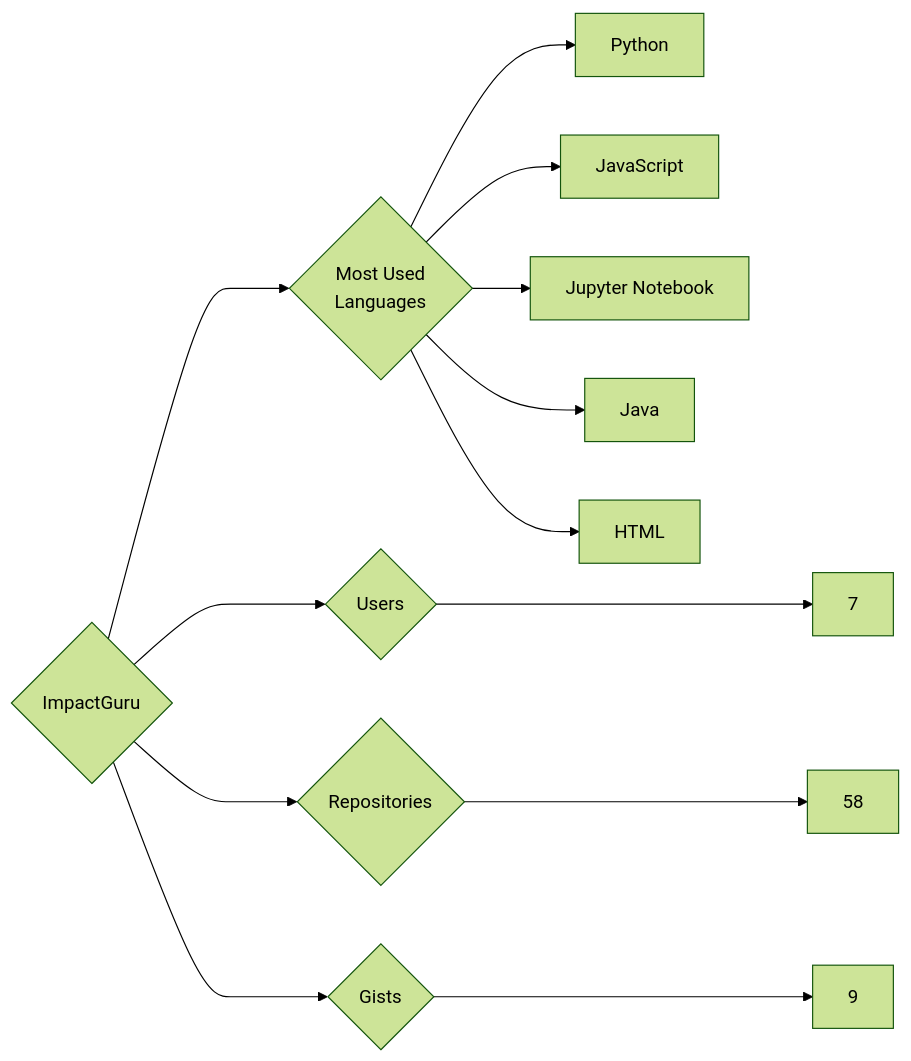
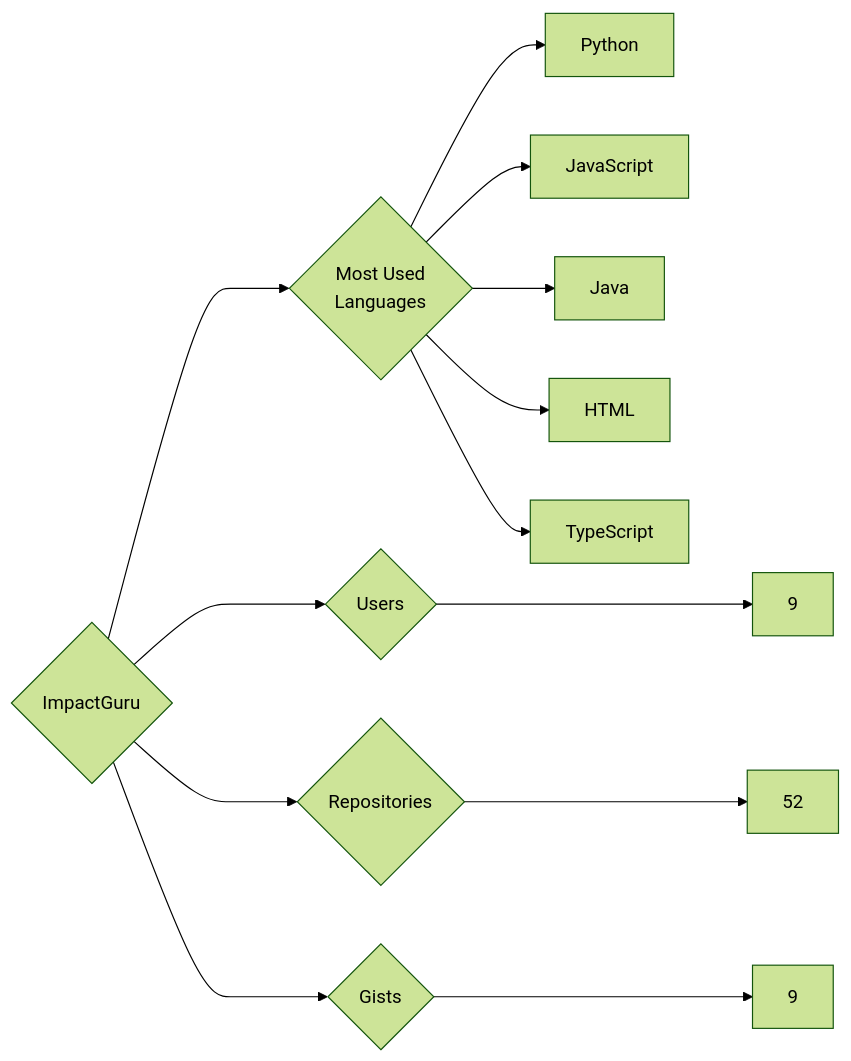
The diagram in targets/ImpactGuru/README.md (trickest/insiders), drawn with Mermaid (forest theme) before and after one commit. The commit also changed 682 other files, not shown here.

````diff
--- a/targets/ImpactGuru/README.md
+++ b/targets/ImpactGuru/README.md
@@ -3,13 +3,13 @@
 ```mermaid
 graph LR
 COMPANY_NAME{ImpactGuru}
-COMPANY_NAME ---> U{Users} ---> UN[7]
-COMPANY_NAME ---> R{Repositories} ---> RN[58]
+COMPANY_NAME ---> U{Users} ---> UN[9]
+COMPANY_NAME ---> R{Repositories} ---> RN[52]
 COMPANY_NAME ---> G{Gists} ---> GN[9]
 COMPANY_NAME ---> ML{Most Used<br>Languages}
 ML --> Python[Python]
 ML --> JavaScript[JavaScript]
-ML --> Jupyter_Notebook[Jupyter Notebook]
 ML --> Java[Java]
 ML --> HTML[HTML]
+ML --> TypeScript[TypeScript]
 ```
````
